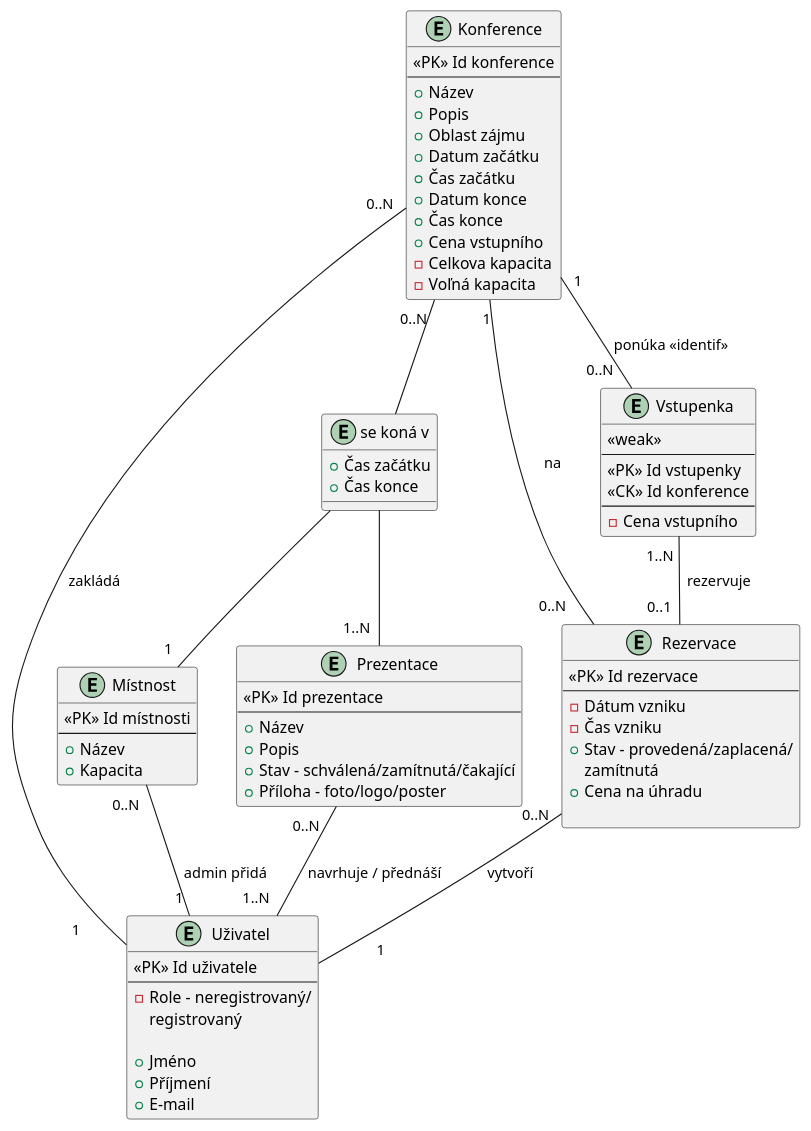
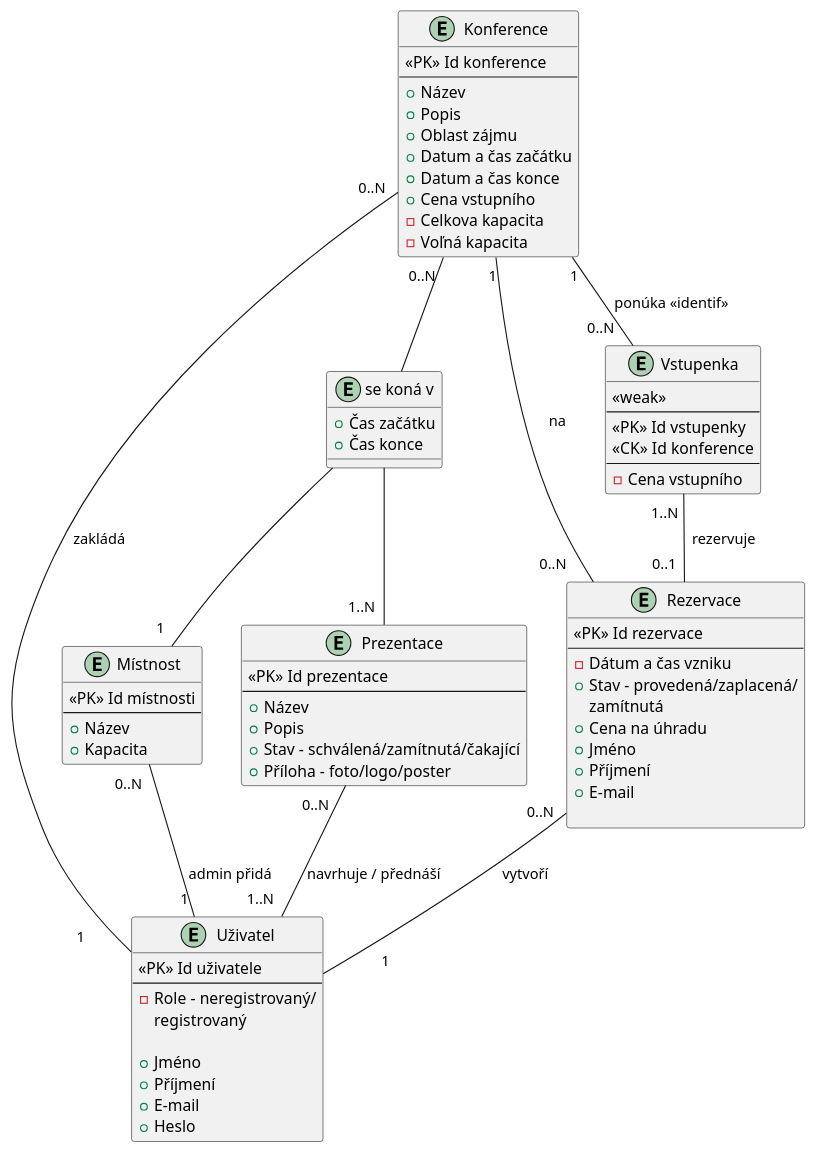
The diagram in doc/ERD-puml/erd.puml (Doly02/iis-proj), drawn with PlantUML before and after one commit. The commit also changed 6 other files, not shown here.

```diff
--- a/doc/ERD-puml/erd.puml
+++ b/doc/ERD-puml/erd.puml
@@ -1,83 +1,84 @@
 @startuml er
 
 entity "Konference" {
     <<PK>> Id konference
     ---
     + Název
     + Popis
     + Oblast zájmu
-    + Datum začátku
-    + Čas začátku
-    + Datum konce
-    + Čas konce
+    + Datum a čas začátku
+    + Datum a čas konce
     + Cena vstupního
     - Celkova kapacita
     - Voľná kapacita
 }
 
 entity "Prezentace" {
     <<PK>> Id prezentace
     ---
     + Název
     + Popis
     + Stav - schválená/zamítnutá/čakající
     + Příloha - foto/logo/poster
 }
 
 entity "Rezervace" {
     <<PK>> Id rezervace
     ---
-    - Dátum vzniku
-    - Čas vzniku
+    - Dátum a čas vzniku
     + Stav - provedená/zaplacená/
              zamítnutá
     + Cena na úhradu
+    + Jméno
+    + Příjmení
+    + E-mail
 
 }
 
 entity "Vstupenka" {
     << weak >>
     ---
     <<PK>> Id vstupenky
     <<CK>> Id konference
     ---
     - Cena vstupního
 }
 
 
 entity "Uživatel" {
     <<PK>> Id uživatele
     ---
     - Role - neregistrovaný/
             registrovaný
 
     + Jméno
     + Příjmení
     + E-mail
+    + Heslo
 }
 
 entity "Místnost" {
     <<PK>> Id místnosti
     ---
     + Název
     + Kapacita
 }
 
 entity "se koná v" {
     + Čas začátku
     + Čas konce
 }
 
 "Konference" " 0..N " -- "se koná v"
 "Konference" " 1" -- "0..N   " "Vstupenka" : " ponúka << identif >>"
 "se koná v" -- "  1   " "Místnost"
 "se koná v" -- " 1..N  " "Prezentace"
 "Prezentace" " 0..N   " -- " 1..N   " "Uživatel" : "navrhuje / přednáší "
 "Konference" " 0..N " -- "1          " "Uživatel" : " zakládá "
 "Rezervace" " 0..N " -- "             1 " "Uživatel" : " vytvoří "
 "Rezervace" " 0..N     " -- "    1" "Konference" : "na     "
 "Vstupenka" " 1..N " -- "0..1  " "Rezervace" : "  rezervuje"
 "Místnost" " 0..N  "  -- "1 " "Uživatel" : " admin přidá"
 
 
 @enduml
```
